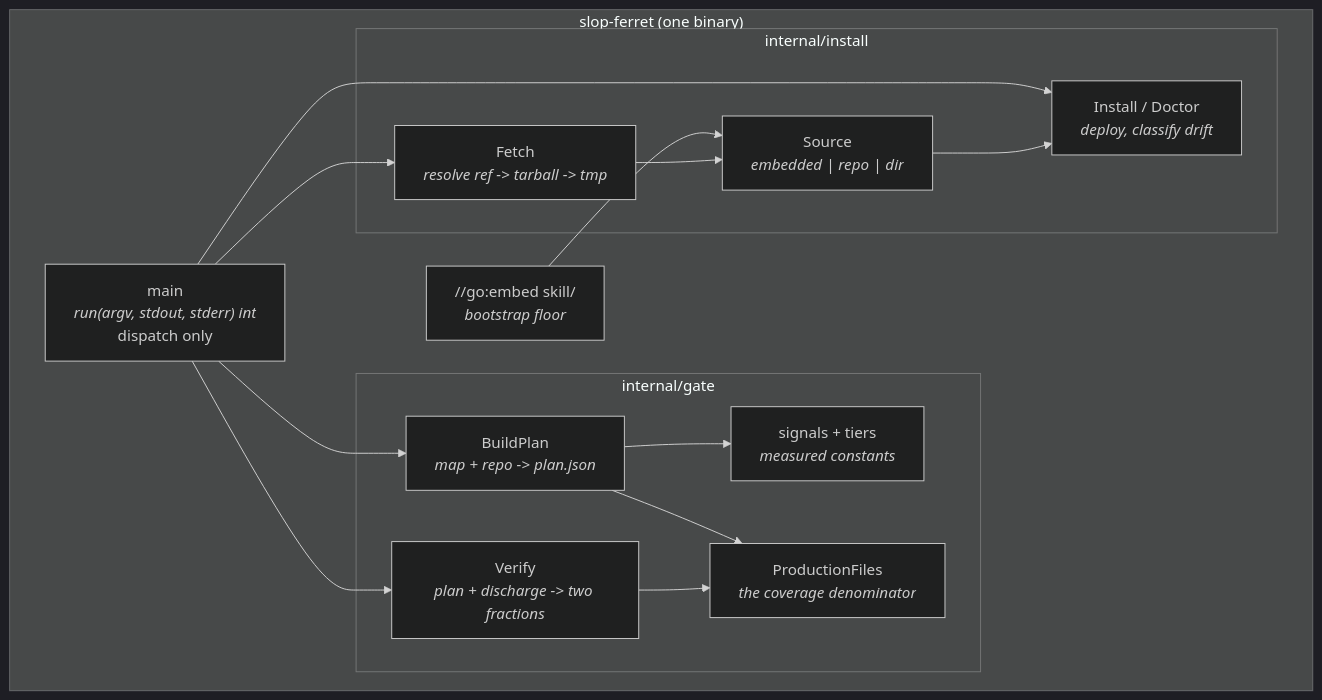
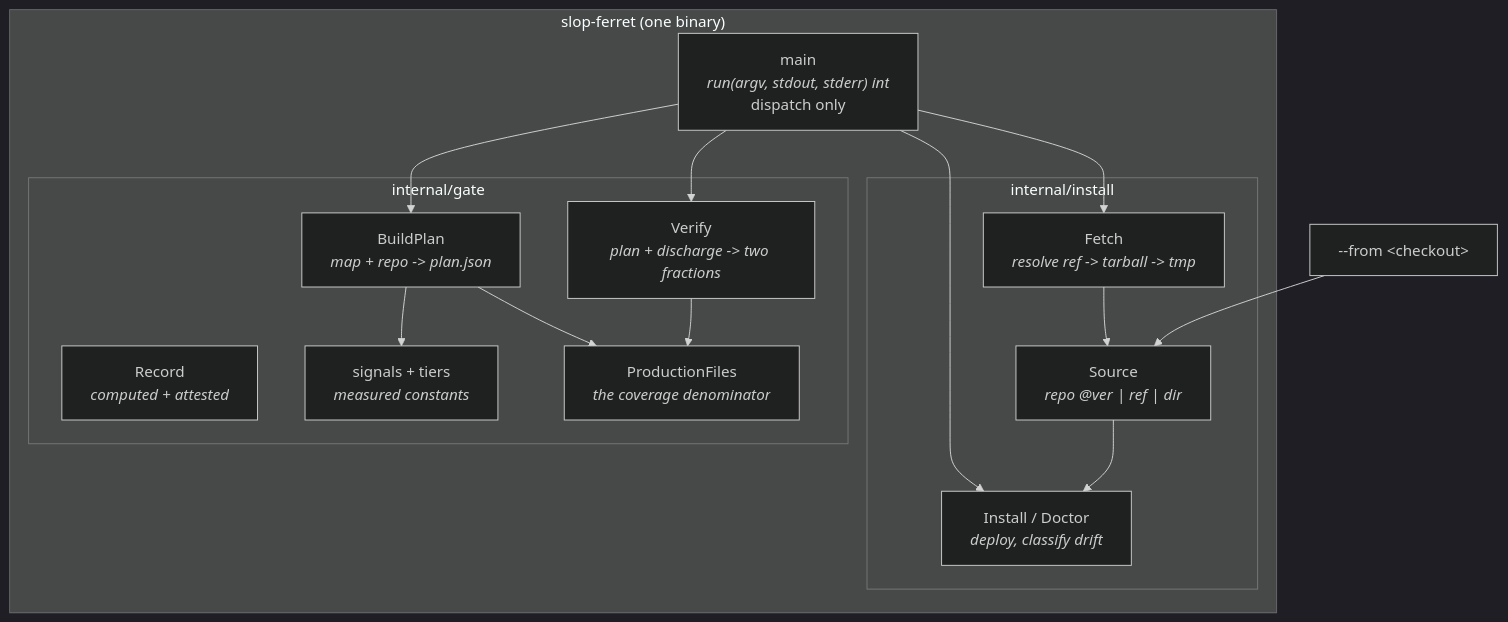
One commit to robot-accomplice/slop-ferret changed the diagram in docs/architecture/c4-component.md. Above: the diagram before and after it, drawn with Mermaid (dark theme). The commit also changed other lines of this file and 4 other files, not shown here.

````diff
--- a/docs/architecture/c4-component.md
+++ b/docs/architecture/c4-component.md
@@ -5,32 +5,32 @@
 ```mermaid
 graph TB
     subgraph bin["slop-ferret (one binary)"]
         cli["main<br/><i>run(argv, stdout, stderr) int</i><br/>dispatch only"]
 
         subgraph gate["internal/gate"]
             plan["BuildPlan<br/><i>map + repo -> plan.json</i>"]
+            rec["Record<br/><i>computed + attested</i>"]
             verify["Verify<br/><i>plan + discharge -> two fractions</i>"]
             sig["signals + tiers<br/><i>measured constants</i>"]
             prod["ProductionFiles<br/><i>the coverage denominator</i>"]
         end
 
         subgraph inst["internal/install"]
-            src["Source<br/><i>embedded | repo | dir</i>"]
+            src["Source<br/><i>repo @ver | ref | dir</i>"]
             fetch["Fetch<br/><i>resolve ref -> tarball -> tmp</i>"]
             deploy["Install / Doctor<br/><i>deploy, classify drift</i>"]
         end
 
-        embed["//go:embed skill/<br/><i>bootstrap floor</i>"]
     end
 
     cli --> plan
     cli --> verify
     cli --> deploy
     cli --> fetch
     plan --> sig
     plan --> prod
     verify --> prod
-    embed --> src
     fetch --> src
+    dir["--from &lt;checkout&gt;"] --> src
     src --> deploy
 ```
````
